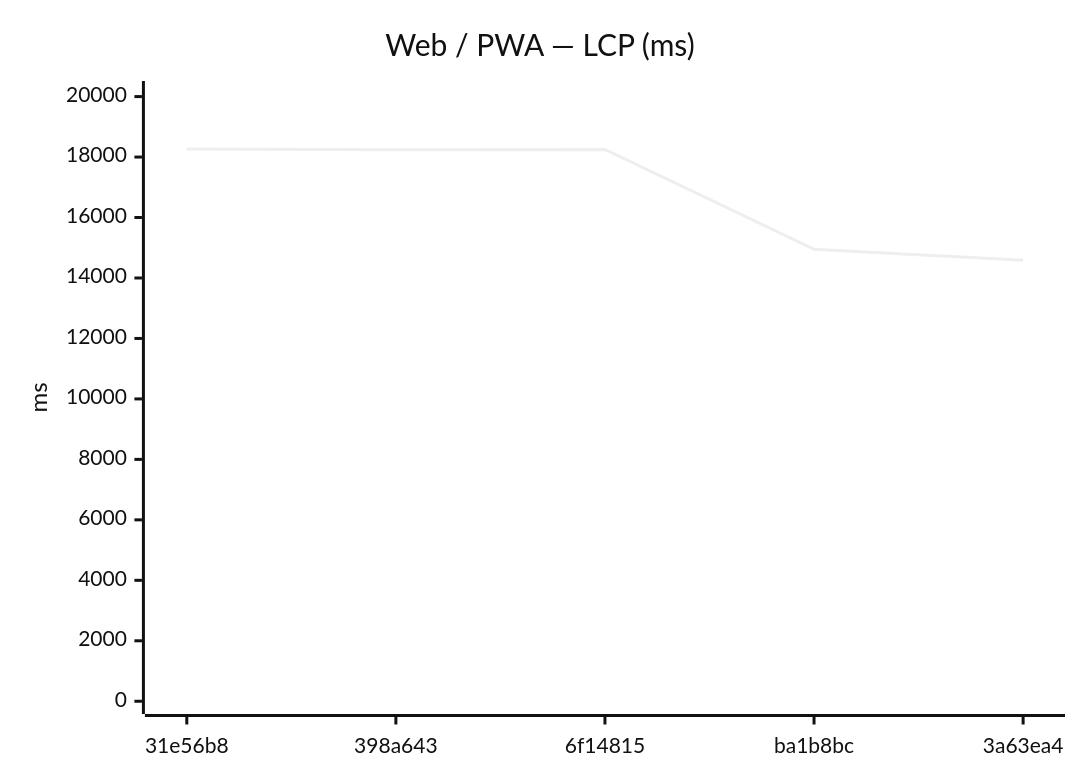
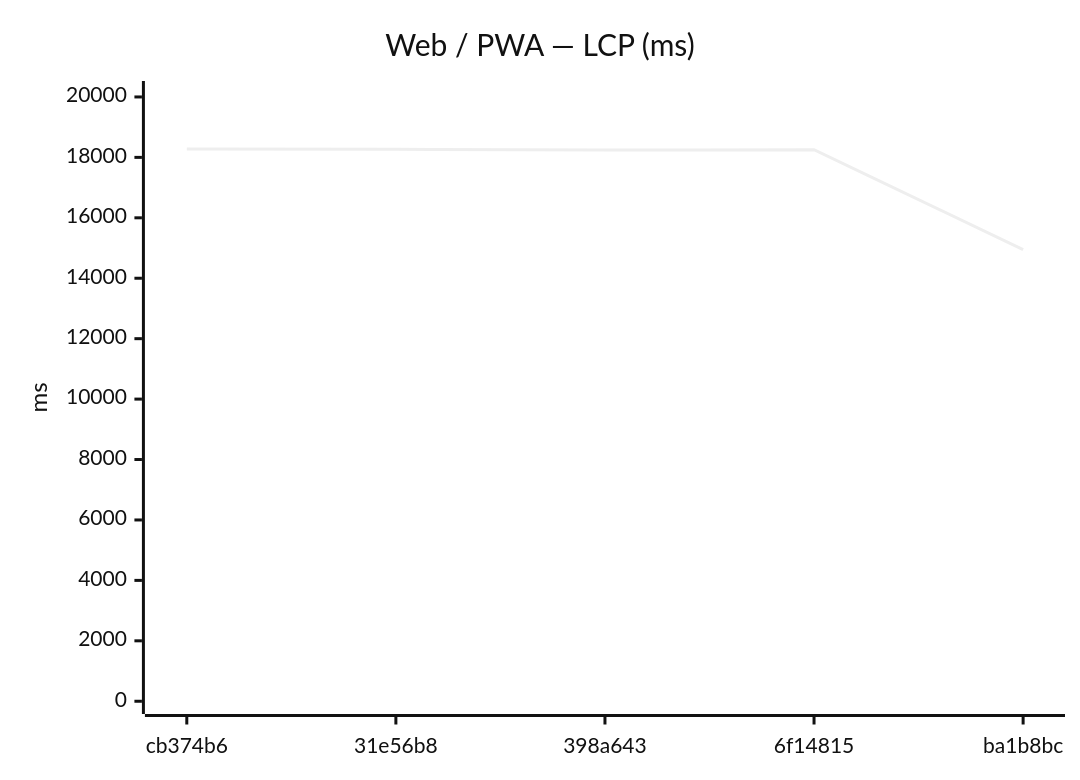
The seventh of 18 diagrams in benchmarks/compare.md (Metaheurist/Rianell), drawn with Mermaid (neutral theme) before and after one commit. The commit also changed other lines of this file and 11 other files, not shown here.

````diff
--- a/benchmarks/compare.md
+++ b/benchmarks/compare.md
@@ -117,7 +117,7 @@
 ```mermaid
 xychart-beta
     title "Web / PWA — LCP (ms)"
-    x-axis ["31e56b8", "398a643", "6f14815", "ba1b8bc", "3a63ea4"]
-    y-axis "ms" 0 --> 20094
-    line [18267, 18242, 18254, 14947, 14588]
+    x-axis ["cb374b6", "31e56b8", "398a643", "6f14815", "ba1b8bc"]
+    y-axis "ms" 0 --> 20106
+    line [18278, 18267, 18242, 18254, 14947]
 ```
````
